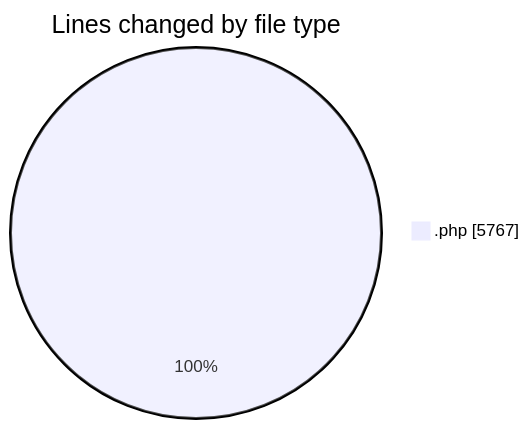
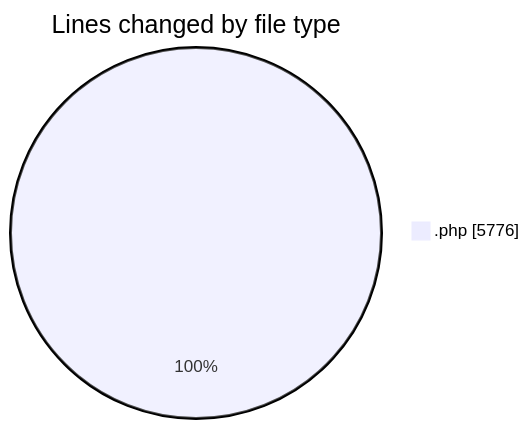
The first of 2 diagrams in 2025-10-03/untitled__workspace_/README.md (debugP/code-tracking), drawn with Mermaid before and after one commit. The commit also changed other lines of this file and 1 other file, not shown here.

````diff
--- a/2025-10-03/untitled__workspace_/README.md
+++ b/2025-10-03/untitled__workspace_/README.md
@@ -23,5 +23,5 @@
 ```mermaid
 pie showData
 title Lines changed by file type
-".php" : 5767
+".php" : 5776
 ```
````
